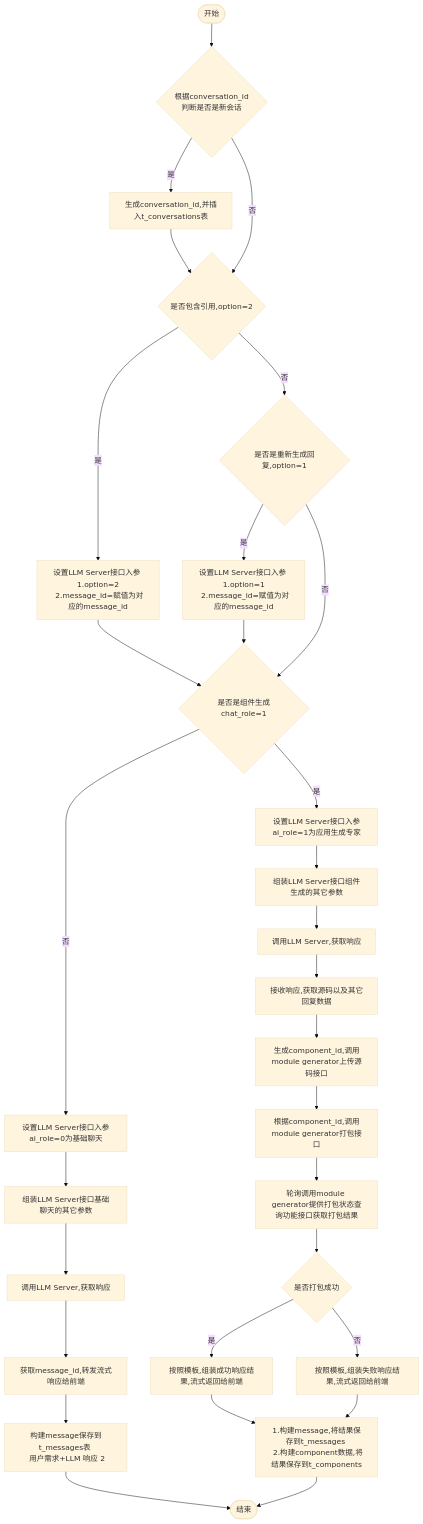
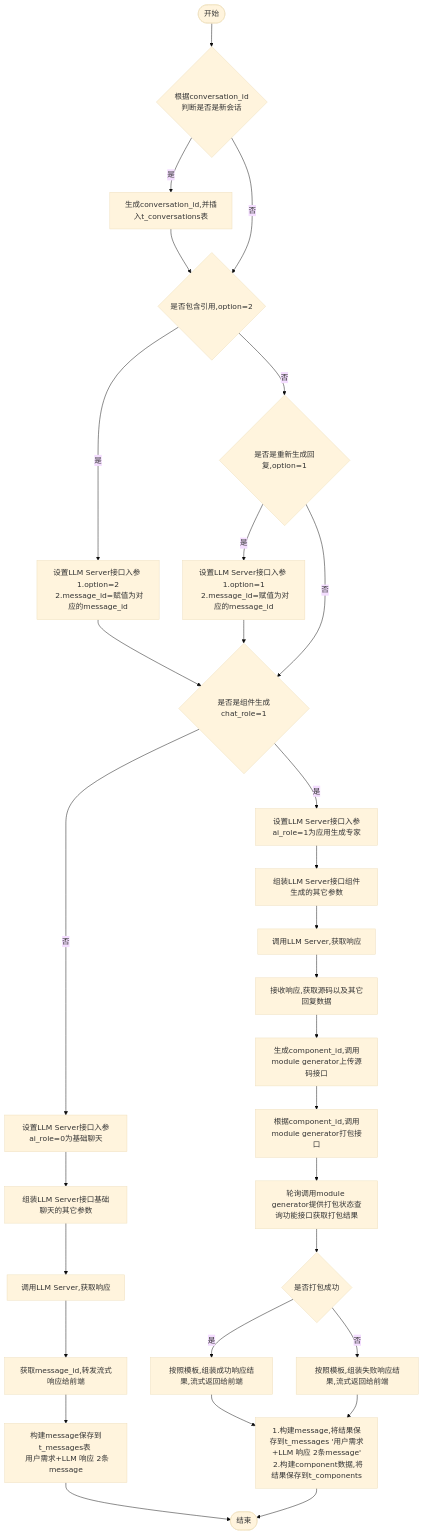
The diagram in all/w3-会话-不需要传递message.md (yingjianzh/iodraw-files), drawn with Mermaid (base theme) before and after one commit.

Commit message:
2024-10-14 14:06:00 update

````diff
--- a/all/w3-会话-不需要传递message.md
+++ b/all/w3-会话-不需要传递message.md
@@ -1,36 +1,36 @@
 ```mermaid
 flowchart TD
     A([开始]) --> B{根据conversation_id \n 判断是否是新会话}
     B -- 是 --> C[生成conversation_id,并插入t_conversations表]
     C --> D
     B -- 否 --> D{是否包含引用,option=2}
     D -- 是 --> E[设置LLM Server接口入参 \n 1.option=2 \n 2.message_id=赋值为对应的message_id]
     D -- 否 --> F{是否是重新生成回复,option=1}
     F -- 是 --> G[设置LLM Server接口入参 \n 1.option=1 \n 2.message_id=赋值为对应的message_id]
     F -- 否 --> I
      
     E & G --> I{是否是组件生成chat_role=1}
     I -- 否 --> K[设置LLM Server接口入参ai_role=0为基础聊天]
     I -- 是 --> J[设置LLM Server接口入参ai_role=1为应用生成专家]
     
 
     J --> L[组装LLM Server接口组件生成的其它参数]    
     K --> M[组装LLM Server接口基础聊天的其它参数]    
     M --> N[调用LLM Server,获取响应]    
     N --> O[获取message_id,转发流式响应给前端]
-    O --> P[构建message保存到t_messages表 \n 用户需求+LLM 响应 2]
+    O --> P[构建message保存到t_messages表 \n 用户需求+LLM 响应 2条message]
     P --> R([结束])
 
 
     L --> S[调用LLM Server,获取响应]
     S --> T[接收响应,获取源码以及其它回复数据]
     T --> U[生成component_id,调用module generator上传源码接口]
     U --> V[根据component_id,调用module generator打包接口]
     V --> W[轮询调用module generator提供打包状态查询功能接口获取打包结果]
     W --> X{是否打包成功}
     X -- 是 --> Y[按照模板,组装成功响应结果,流式返回给前端]
     X -- 否 --> Z[按照模板,组装失败响应结果,流式返回给前端]
 
-    Y & Z --> Result[1.构建message,将结果保存到t_messages \n 2.构建component数据,将结果保存到t_components]
+    Y & Z --> Result[1.构建message,将结果保存到t_messages '用户需求+LLM 响应 2条message'\n 2.构建component数据,将结果保存到t_components]
     Result --> R
 ```
````
